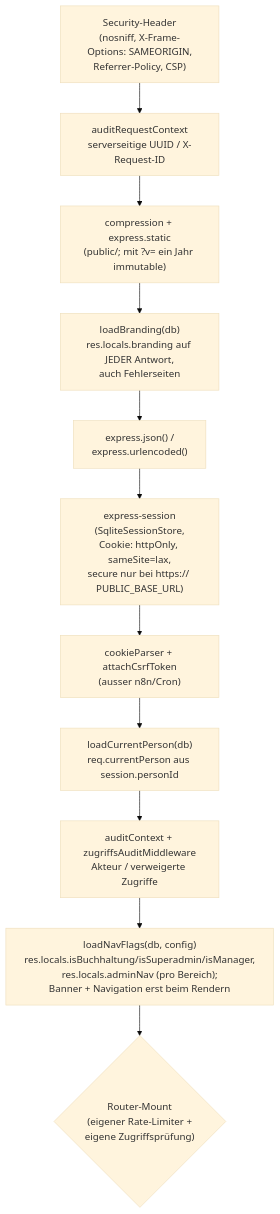
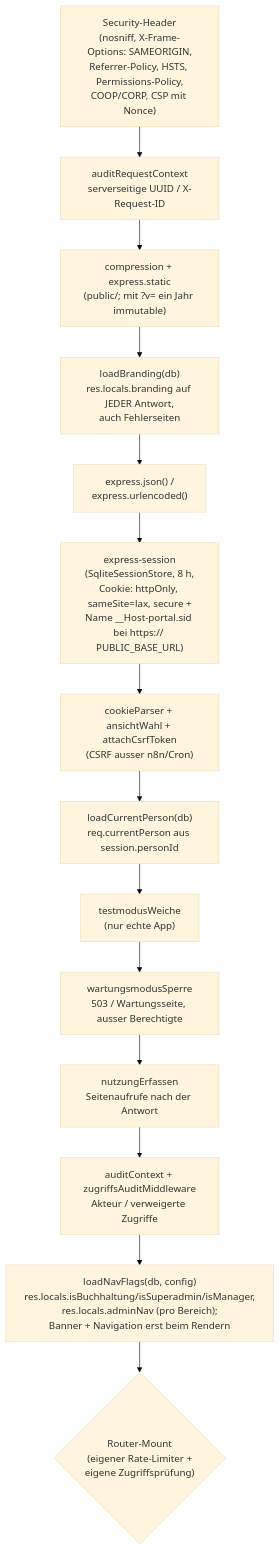
The second of 2 diagrams in docs/architektur.md (rony326/freigabeportal), drawn with Mermaid (base theme) before and after one commit. The commit also changed other lines of this file and 67 other files, not shown here.

````diff
--- a/docs/architektur.md
+++ b/docs/architektur.md
@@ -75,13 +75,16 @@
 ```mermaid
 flowchart TD
-    A["Security-Header<br/>(nosniff, X-Frame-Options: SAMEORIGIN,<br/>Referrer-Policy, CSP)"] --> R["auditRequestContext<br/>serverseitige UUID / X-Request-ID"]
+    A["Security-Header<br/>(nosniff, X-Frame-Options: SAMEORIGIN,<br/>Referrer-Policy, HSTS, Permissions-Policy,<br/>COOP/CORP, CSP mit Nonce)"] --> R["auditRequestContext<br/>serverseitige UUID / X-Request-ID"]
     R --> B["compression + express.static<br/>(public/; mit ?v= ein Jahr immutable)"]
     B --> C["loadBranding(db)<br/>res.locals.branding auf JEDER Antwort,<br/>auch Fehlerseiten"]
     C --> D["express.json() /<br/>express.urlencoded()"]
-    D --> E["express-session<br/>(SqliteSessionStore,<br/>Cookie: httpOnly, sameSite=lax,<br/>secure nur bei https:// PUBLIC_BASE_URL)"]
-    E --> CS["cookieParser + attachCsrfToken<br/>(ausser n8n/Cron)"]
+    D --> E["express-session<br/>(SqliteSessionStore, 8 h,<br/>Cookie: httpOnly, sameSite=lax, secure +<br/>Name __Host-portal.sid bei https:// PUBLIC_BASE_URL)"]
+    E --> CS["cookieParser + ansichtWahl + attachCsrfToken<br/>(CSRF ausser n8n/Cron)"]
     CS --> F["loadCurrentPerson(db)<br/>req.currentPerson aus session.personId"]
-    F --> AU["auditContext + zugriffsAuditMiddleware<br/>Akteur / verweigerte Zugriffe"]
+    F --> TW["testmodusWeiche<br/>(nur echte App)"]
+    TW --> WM["wartungsmodusSperre<br/>503 / Wartungsseite, ausser Berechtigte"]
+    WM --> NU["nutzungErfassen<br/>Seitenaufrufe nach der Antwort"]
+    NU --> AU["auditContext + zugriffsAuditMiddleware<br/>Akteur / verweigerte Zugriffe"]
     AU --> G["loadNavFlags(db, config)<br/>res.locals.isBuchhaltung/isSuperadmin/isManager,<br/>res.locals.adminNav (pro Bereich);<br/>Banner + Navigation erst beim Rendern"]
     G --> H{"Router-Mount<br/>(eigener Rate-Limiter +<br/>eigene Zugriffsprüfung)"}
 ```
````
